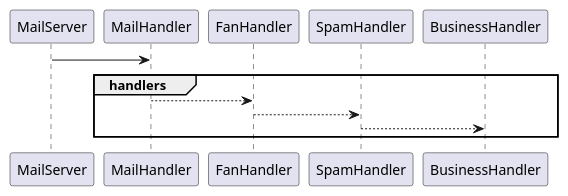
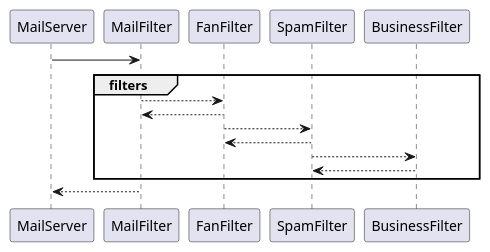
Before and after one commit to novicedev7291/design-patterns: the diagram in docs/cor/cor_diagram.puml, drawn with PlantUML. The commit also changed 4 other files, not shown here.

```diff
--- a/docs/cor/cor_diagram.puml
+++ b/docs/cor/cor_diagram.puml
@@ -1,18 +1,23 @@
 @startuml
 
 participant MailServer
-participant MailHandler
-participant FanHandler
-participant SpamHandler
-participant BusinessHandler
+participant MailFilter
+participant FanFilter
+participant SpamFilter
+participant BusinessFilter
 
-MailServer -> MailHandler
+MailServer -> MailFilter
 
-group handlers
-    MailHandler --> FanHandler
-    FanHandler --> SpamHandler
-    SpamHandler --> BusinessHandler
+group filters
+    MailFilter --> FanFilter
+    FanFilter --> MailFilter
+    FanFilter --> SpamFilter
+    SpamFilter --> FanFilter
+    SpamFilter --> BusinessFilter
+    BusinessFilter --> SpamFilter
 
 end
 
+MailFilter --> MailServer
+
 @enduml
```
